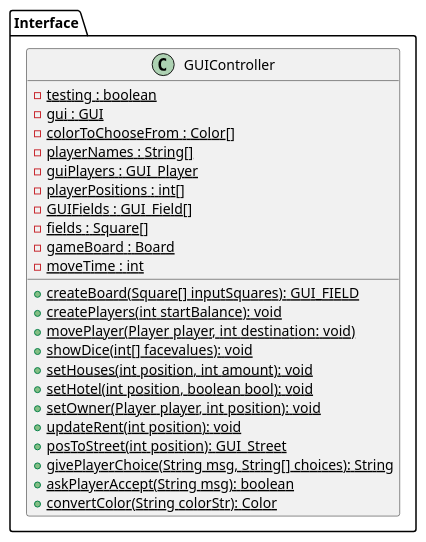
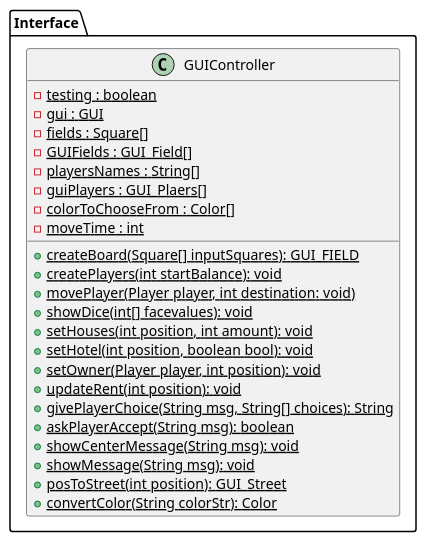
One commit to Greve2001/CDIO-final changed the diagram in diagrams/Interface_Package_Class_Diagram.puml. Above: the diagram before and after it, drawn with PlantUML.

```diff
--- a/diagrams/Interface_Package_Class_Diagram.puml
+++ b/diagrams/Interface_Package_Class_Diagram.puml
@@ -1,36 +1,36 @@
 @startuml
 'https://plantuml.com/class-diagram
 skinparam groupInheritance 2
 
 skinparam linetype polyline
 
 package Interface{
 class GUIController{
       {static} -testing : boolean
       {static} -gui : GUI
+      {static} -fields : Square[]
+      {static} -GUIFields : GUI_Field[]
+      {static} -playersNames : String[]
+      {static} -guiPlayers : GUI_Plaers[]
       {static} -colorToChooseFrom : Color[]
-      {static} -playerNames : String[]
-      {static} -guiPlayers : GUI_Player
-      {static} -playerPositions : int[]
-      {static} -GUIFields : GUI_Field[]
-      {static} -fields : Square[]
-      {static} -gameBoard : Board
       {static} -moveTime : int
 
       {static} +createBoard(Square[] inputSquares): GUI_FIELD
       {static} +createPlayers(int startBalance): void
       {static} +movePlayer(Player player, int destination: void)
       {static} +showDice(int[] facevalues): void
       {static} +setHouses(int position, int amount): void
       {static} +setHotel(int position, boolean bool): void
       {static} +setOwner(Player player, int position): void
       {static} +updateRent(int position): void
-      {static} +posToStreet(int position): GUI_Street
       {static} +givePlayerChoice(String msg, String[] choices): String
       {static} +askPlayerAccept(String msg): boolean
+      {static} +showCenterMessage(String msg): void
+      {static} +showMessage(String msg): void
+      {static} +posToStreet(int position): GUI_Street
       {static} +convertColor(String colorStr): Color
 }
 
 
 
 @enduml
```
